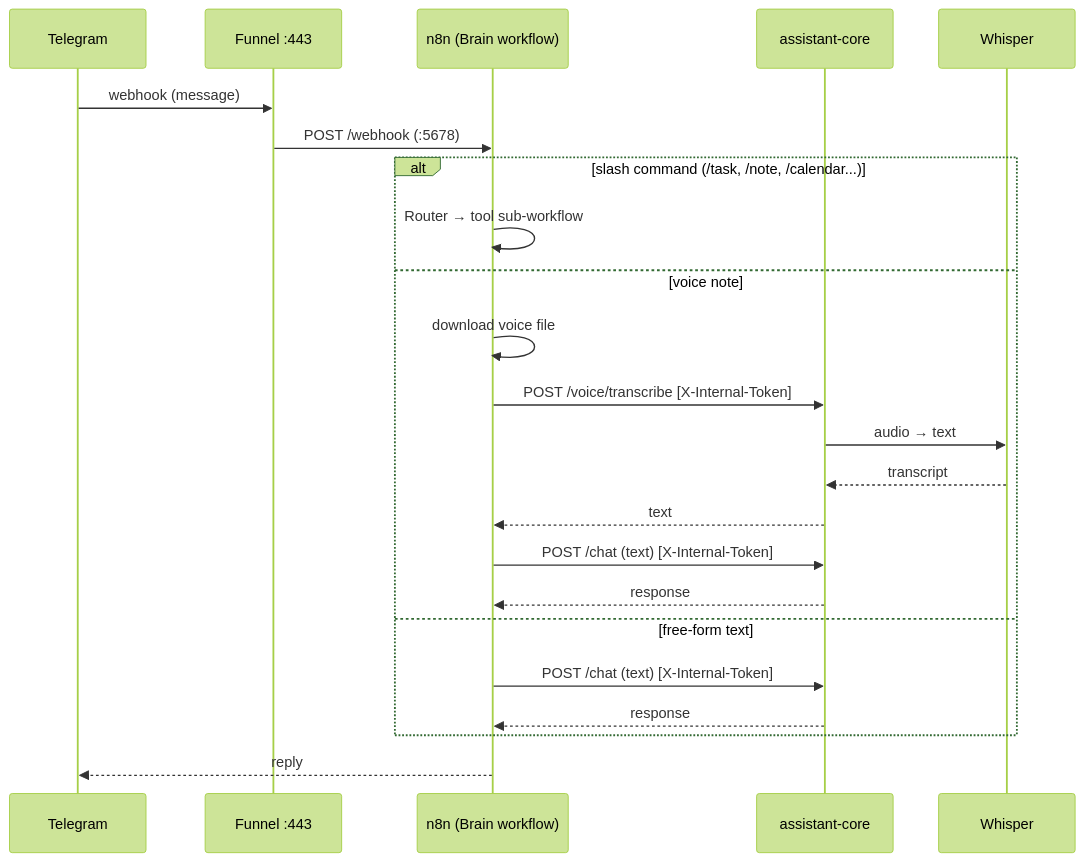
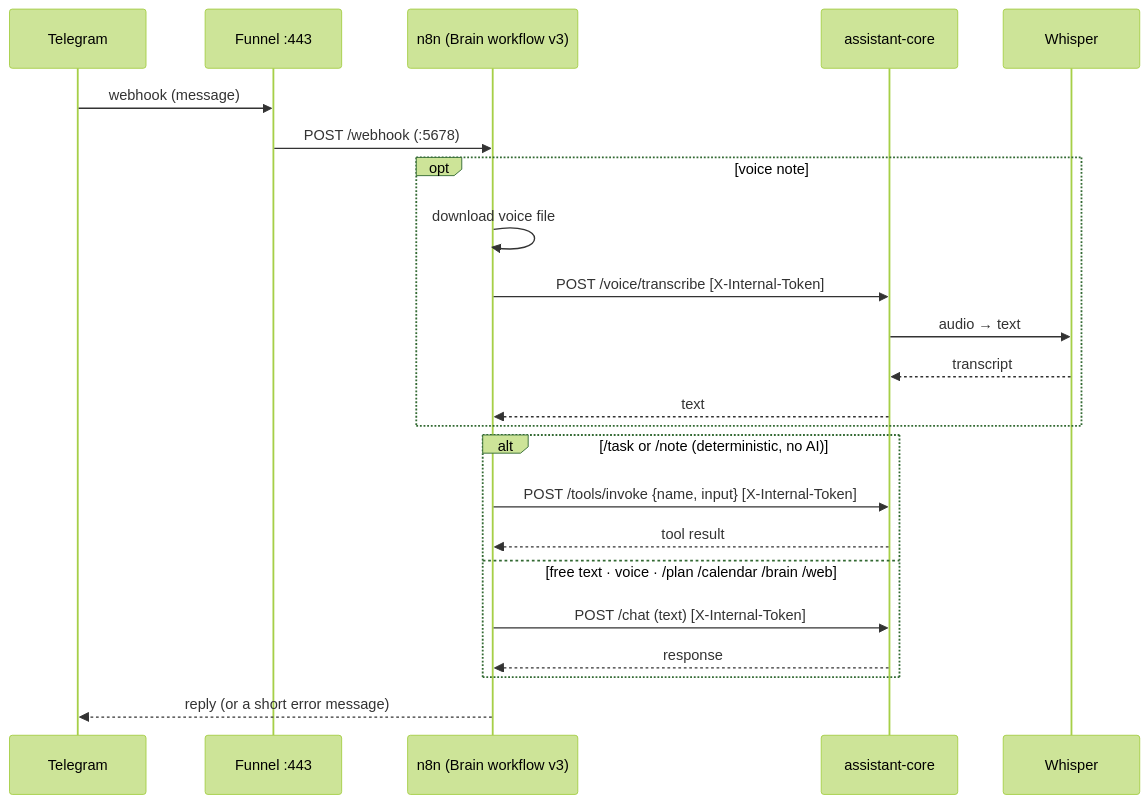
Before and after one commit to SethSterling22/Productivity_Tools: the fourth of 11 diagrams in docs/ARCHITECTURE.md, drawn with Mermaid (forest theme). The commit also changed other lines of this file and 6 other files, not shown here.

````diff
--- a/docs/ARCHITECTURE.md
+++ b/docs/ARCHITECTURE.md
@@ -150,25 +199,25 @@
 ```mermaid
 sequenceDiagram
   participant TG as Telegram
   participant F as Funnel :443
-  participant N as n8n (Brain workflow)
+  participant N as n8n (Brain workflow v3)
   participant AC as assistant-core
   participant W as Whisper
   TG->>F: webhook (message)
   F->>N: POST /webhook (:5678)
-  alt slash command (/task, /note, /calendar...)
-    N->>N: Router → tool sub-workflow
-  else voice note
+  opt voice note
     N->>N: download voice file
     N->>AC: POST /voice/transcribe [X-Internal-Token]
     AC->>W: audio → text
     W-->>AC: transcript
     AC-->>N: text
-    N->>AC: POST /chat (text) [X-Internal-Token]
-    AC-->>N: response
-  else free-form text
+  end
+  alt /task or /note (deterministic, no AI)
+    N->>AC: POST /tools/invoke {name, input} [X-Internal-Token]
+    AC-->>N: tool result
+  else free text · voice · /plan /calendar /brain /web
     N->>AC: POST /chat (text) [X-Internal-Token]
     AC-->>N: response
   end
-  N-->>TG: reply
+  N-->>TG: reply (or a short error message)
 ```
````
